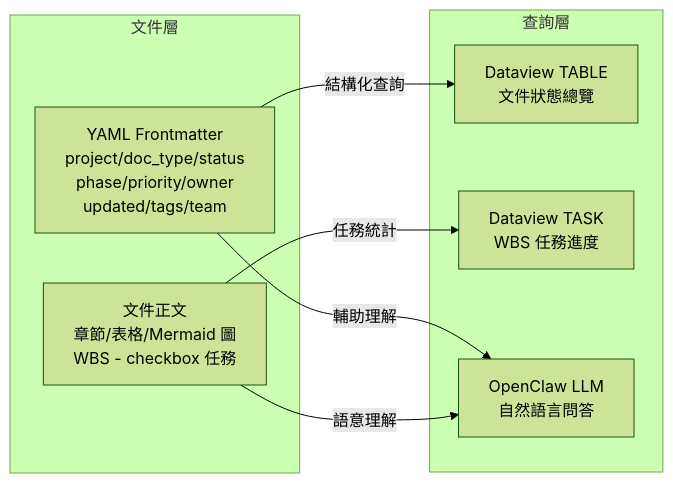
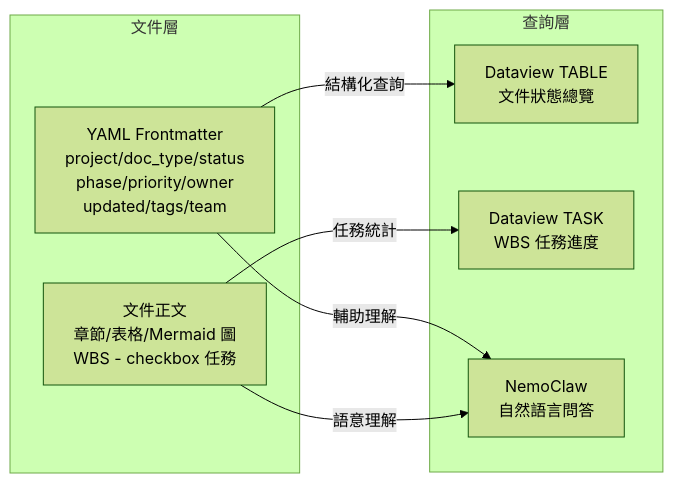
Before and after one commit to benben83922/Node_PM: the third of 4 diagrams in docs/architecture_and_design_document.md, drawn with Mermaid (forest theme). The commit also changed other lines of this file and 13 other files, not shown here.

````diff
--- a/docs/architecture_and_design_document.md
+++ b/docs/architecture_and_design_document.md
@@ -111,18 +122,18 @@
 ```mermaid
 graph LR
     subgraph 文件層
         FM[YAML Frontmatter\nproject/doc_type/status\nphase/priority/owner\nupdated/tags/team]
         BODY[文件正文\n章節/表格/Mermaid 圖\nWBS - checkbox 任務]
     end
 
     subgraph 查詢層
         DQ1[Dataview TABLE\n文件狀態總覽]
         DQ2[Dataview TASK\nWBS 任務進度]
-        NLQ[OpenClaw LLM\n自然語言問答]
+        NLQ[NemoClaw\n自然語言問答]
     end
 
     FM -->|結構化查詢| DQ1
     BODY -->|任務統計| DQ2
     FM -->|輔助理解| NLQ
     BODY -->|語意理解| NLQ
 ```
````
